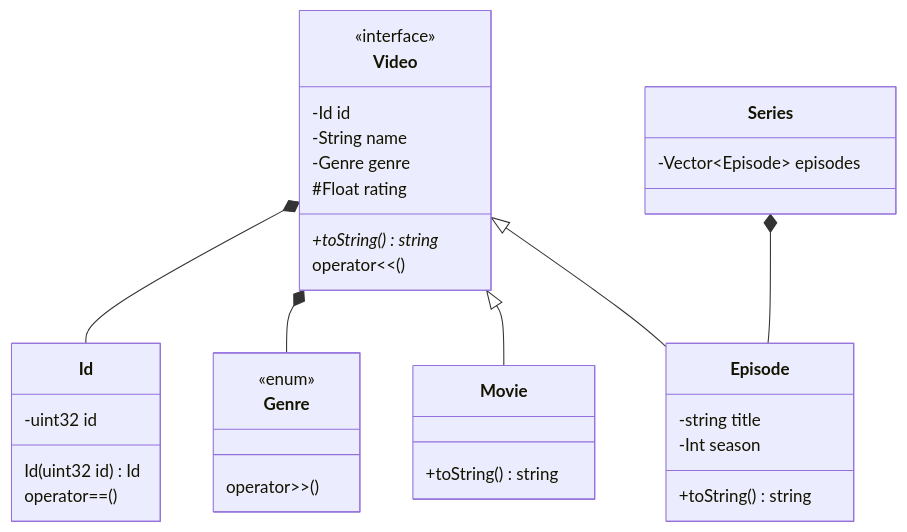
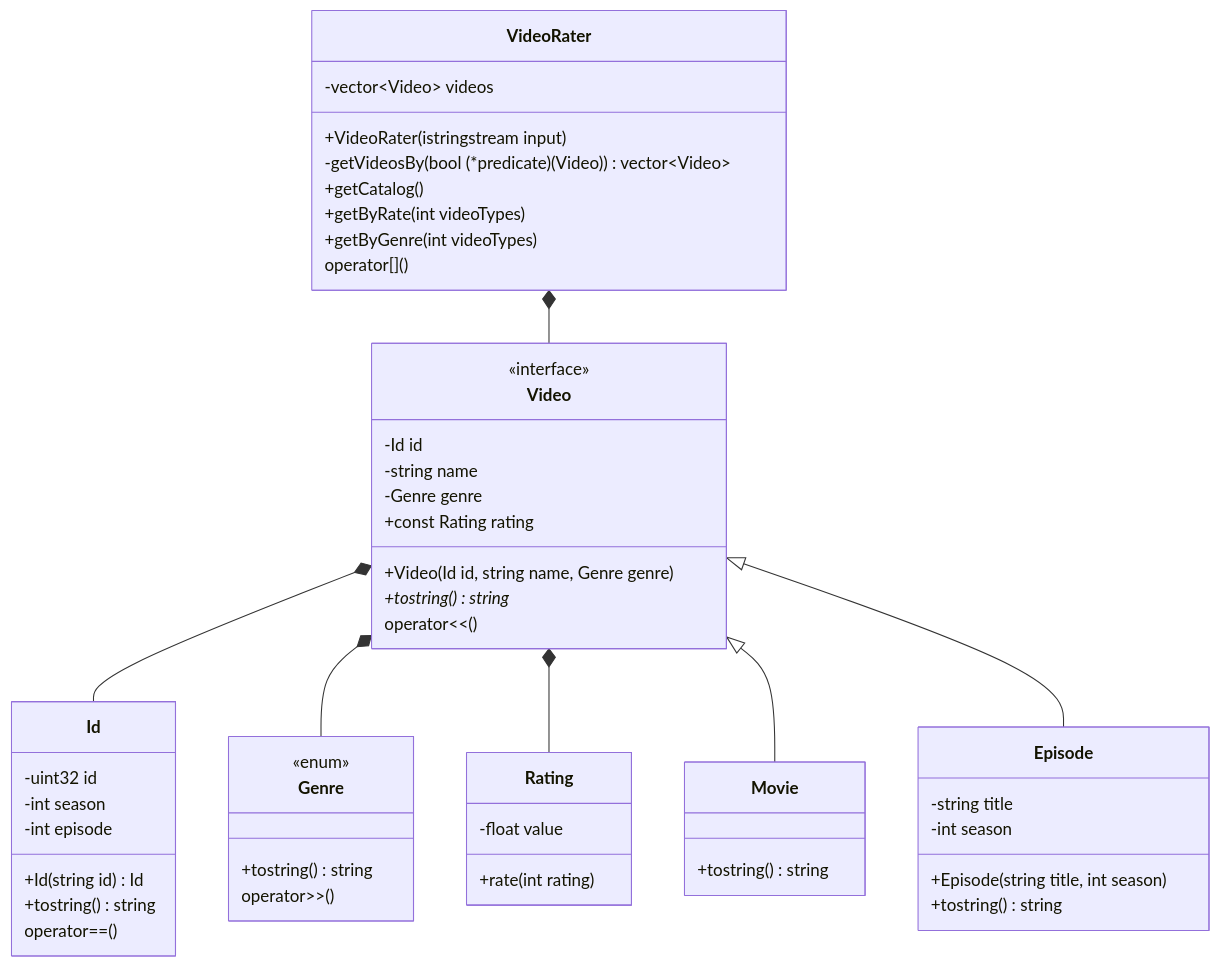
One commit to sebascert/oop-final changed the diagram in class_diagram.md. Above: the diagram before and after it, drawn with Mermaid.

Commit message:
Finalized class diagram

````diff
--- a/class_diagram.md
+++ b/class_diagram.md
@@ -1,37 +1,55 @@
 ```mermaid
 classDiagram
     class Id{
         -uint32 id
-        Id(uint32 id) Id
+        -int season
+        -int episode
+        +Id(string id) Id
+        +tostring() string
         operator==()
     }
     class Genre{
         <<enum>>
+        +tostring() string
         operator>>()
+    }
+    class Rating{
+        -float value
+        +rate(int rating)
     }
     class Video {
         <<interface>>
         -Id id
-        -String name
+        -string name
         -Genre genre
-        #Float rating
-        +toString()* string
+        +const Rating rating
+        +Video(Id id, string name, Genre genre)
+        +tostring()* string
         operator<<()
     }
     class Movie{
-        +toString() string
-    }
-    class Series{
-        -Vector~Episode~ episodes
+        +tostring() string
     }
     class Episode {
         -string title
-        -Int season
-        +toString() string
+        -int season
+        +Episode(string title, int season)
+        +tostring() string
     }
+    class VideoRater{
+        -vector~Video~ videos
+        +VideoRater(istringstream input)
+        -getVideosBy(bool (*predicate)(Video)) vector~Video~
+        +getCatalog()
+        +getByRate(int videoTypes)
+        +getByGenre(int videoTypes)
+        operator[]()
+    }
+
     Video *-- Id
     Video *-- Genre
+    Video *-- Rating
     Video <|-- Movie
     Video <|-- Episode
-    Series *-- Episode
+    VideoRater *-- Video
 ```
````
